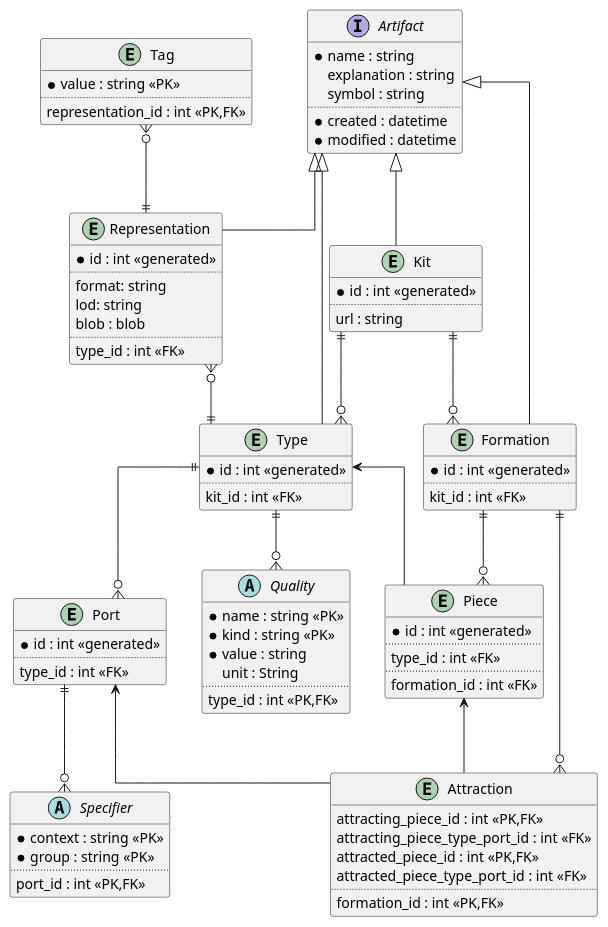
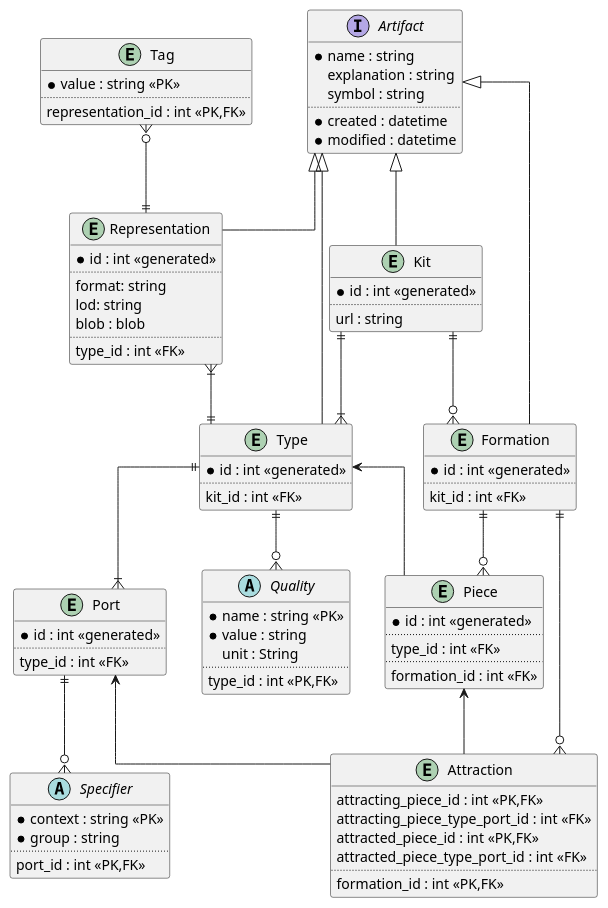
Before and after one commit to usalu/semio: the diagram in docs/softwarequality/softwarearchitecture/dataarchitecture.pu, drawn with PlantUML. The commit also changed 6 other files, not shown here.

```diff
--- a/docs/softwarequality/softwarearchitecture/dataarchitecture.pu
+++ b/docs/softwarequality/softwarearchitecture/dataarchitecture.pu
@@ -1,107 +1,106 @@
 @startuml "data architecture"
 skinparam linetype ortho
 
 interface Artifact {
     *name : string
     explanation : string
     symbol : string
     ..
     *created : datetime
     *modified : datetime
 }
 
 entity Kit {
     *id : int <<generated>> 
     ..
     url : string
 }
 
 entity Type {
     *id : int <<generated>>
     ..
     kit_id : int <<FK>>
 }
 
 entity Representation {
     *id : int <<generated>>
     ..
     format: string
     lod: string
     blob : blob
     ..
     type_id : int <<FK>>
 }
 
 entity Tag {
     *value : string <<PK>>
     ..
     representation_id : int <<PK,FK>>
 }
 
 entity Port {
     *id : int <<generated>>
     ..
     type_id : int <<FK>>
 }
 
 abstract Quality {
     *name : string <<PK>>
-    *kind : string <<PK>>
     *value : string
     unit : String
     ..
     type_id : int <<PK,FK>>
 }
 
 
 abstract Specifier {
     *context : string <<PK>>
-    *group : string <<PK>>
+    *group : string
     ..
     port_id : int <<PK,FK>>
 }
 
 entity Piece{
     *id : int <<generated>>
     ..
     type_id : int <<FK>>
     ..
     formation_id : int <<FK>>
 }
 
 entity Attraction {
     attracting_piece_id : int <<PK,FK>>
     attracting_piece_type_port_id : int <<FK>>
     attracted_piece_id : int <<PK,FK>>
     attracted_piece_type_port_id : int <<FK>>
     ..
     formation_id : int <<PK,FK>>
 }
 
 entity Formation {
     *id : int <<generated>>
     ..
     kit_id : int <<FK>>
 }
 
 
-Kit ||--o{ Type
+Kit ||--|{ Type
 Kit ||--o{ Formation
 Tag }o--|| Representation
-Representation }o--|| Type
-Type ||--o{ Port
+Representation }|--|| Type
+Type ||--|{ Port
 Type ||--o{ Quality
 Formation ||--o{ Piece
 Formation ||--o{ Attraction
 Port ||--o{  Specifier
 Type <-- Piece
 Piece <-- Attraction
 Port <-- Attraction
 
 Artifact <|-- Kit
 Artifact <|-- Type
 Artifact <|-- Formation
 Artifact <|-- Representation
 
 
 @enduml
```
